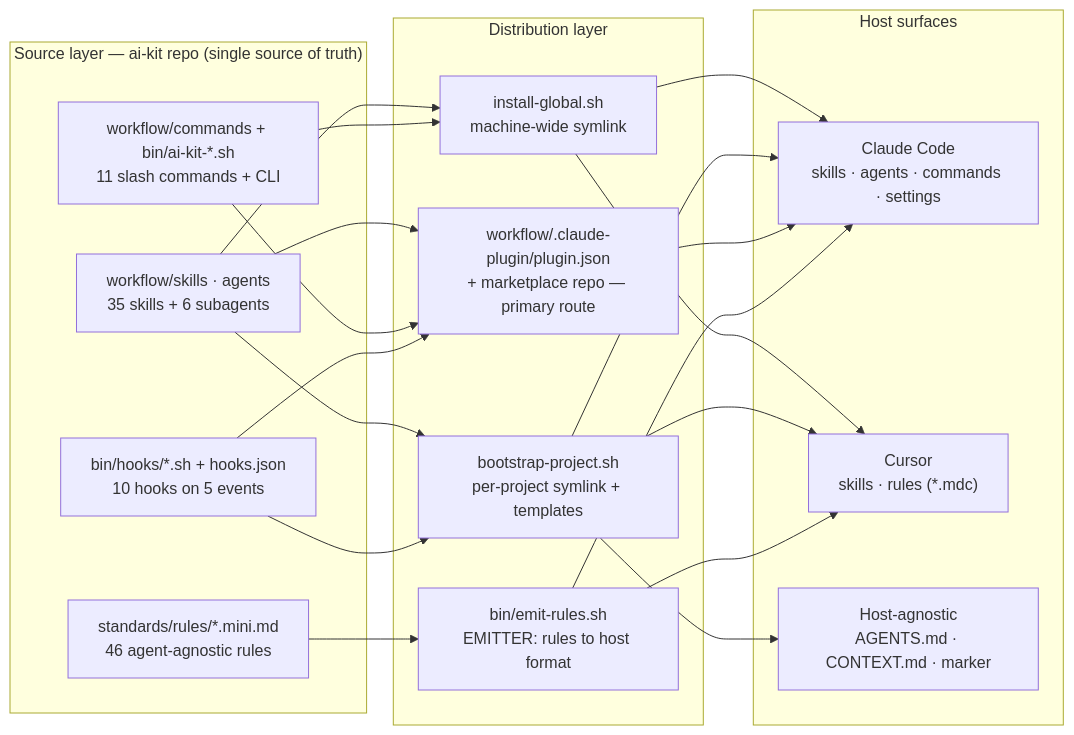
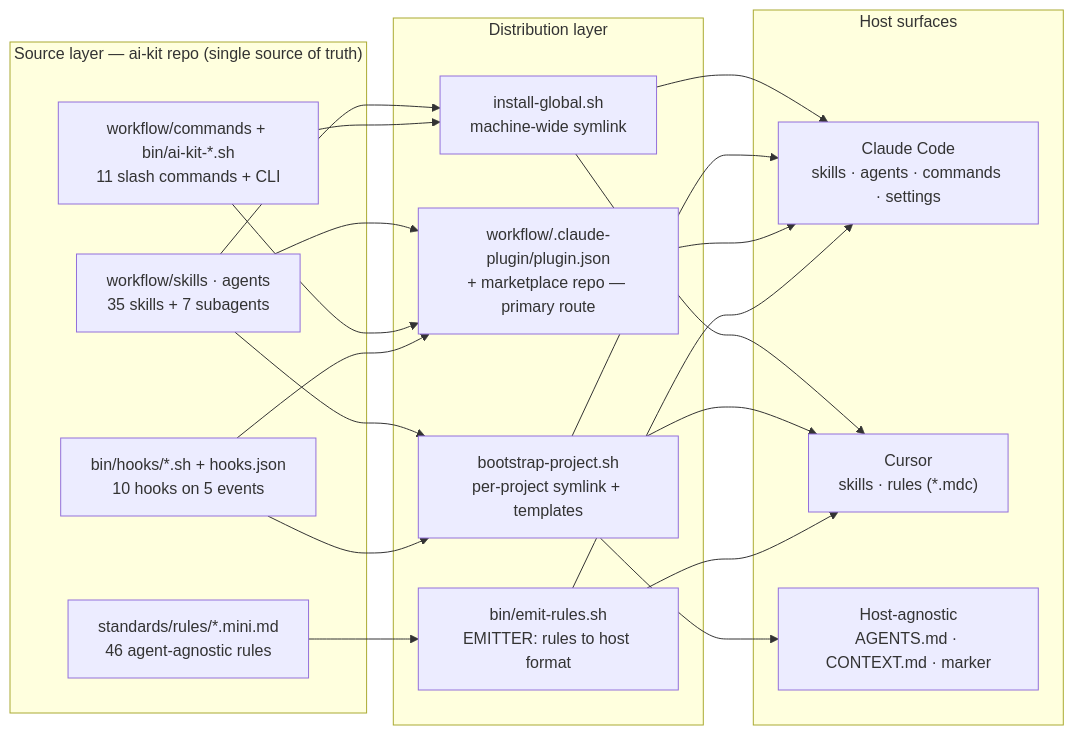
Before and after one commit to yusufkaracaburun/ai-kit: the first of 2 diagrams in docs/diagrams.md, drawn with Mermaid. The commit also changed other lines of this file and 10 other files, not shown here.

````diff
--- a/docs/diagrams.md
+++ b/docs/diagrams.md
@@ -10,32 +10,32 @@
 ```mermaid
 flowchart LR
   subgraph SRC["Source layer — ai-kit repo (single source of truth)"]
-    SA["workflow/skills · agents<br/>35 skills + 6 subagents"]
+    SA["workflow/skills · agents<br/>35 skills + 7 subagents"]
     CB["workflow/commands + bin/ai-kit-*.sh<br/>11 slash commands + CLI"]
     H["bin/hooks/*.sh + hooks.json<br/>10 hooks on 5 events"]
     R["standards/rules/*.mini.md<br/>46 agent-agnostic rules"]
   end
 
   subgraph DIST["Distribution layer"]
     IG["install-global.sh<br/>machine-wide symlink"]
     PL["workflow/.claude-plugin/plugin.json<br/>+ marketplace repo — primary route"]
     BP["bootstrap-project.sh<br/>per-project symlink + templates"]
     ER["bin/emit-rules.sh<br/>EMITTER: rules to host format"]
   end
 
   subgraph HOSTS["Host surfaces"]
     CC["Claude Code<br/>skills · agents · commands · settings"]
     CU["Cursor<br/>skills · rules (*.mdc)"]
     HA["Host-agnostic<br/>AGENTS.md · CONTEXT.md · marker"]
   end
 
   SA --> IG & BP & PL
   CB --> IG & PL
   H --> PL & BP
   R --> ER
 
   IG --> CC & CU
   BP --> CC & CU & HA
   PL --> CC
   ER --> CU & CC
 ```
````
